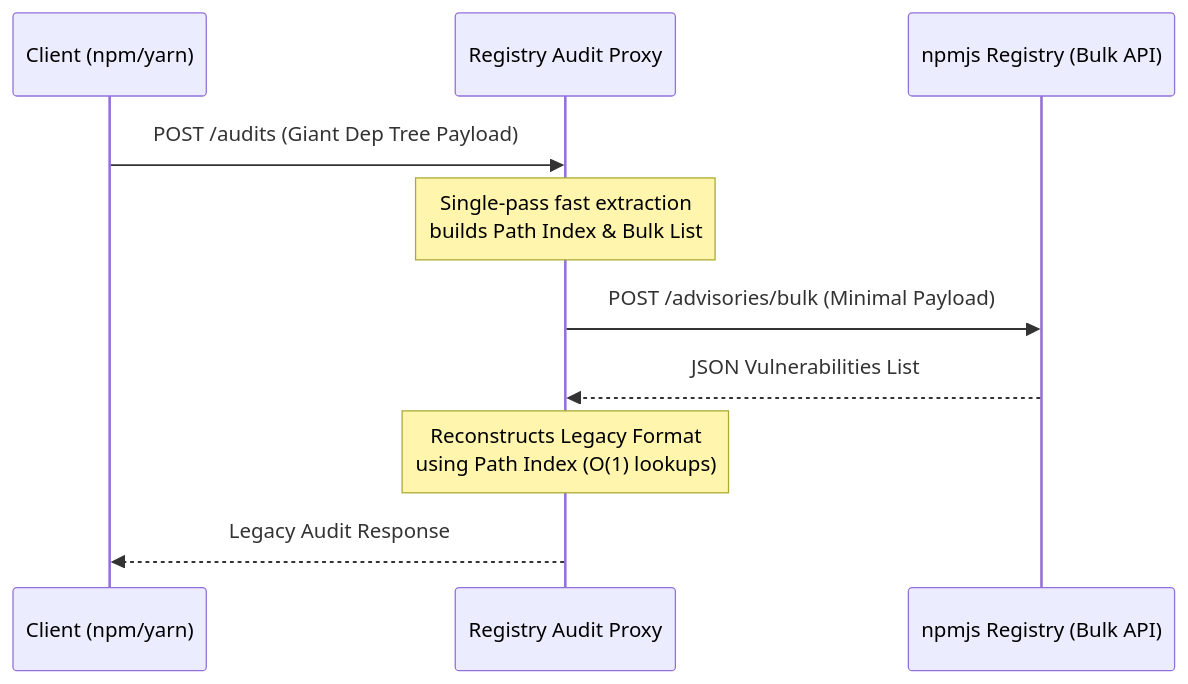
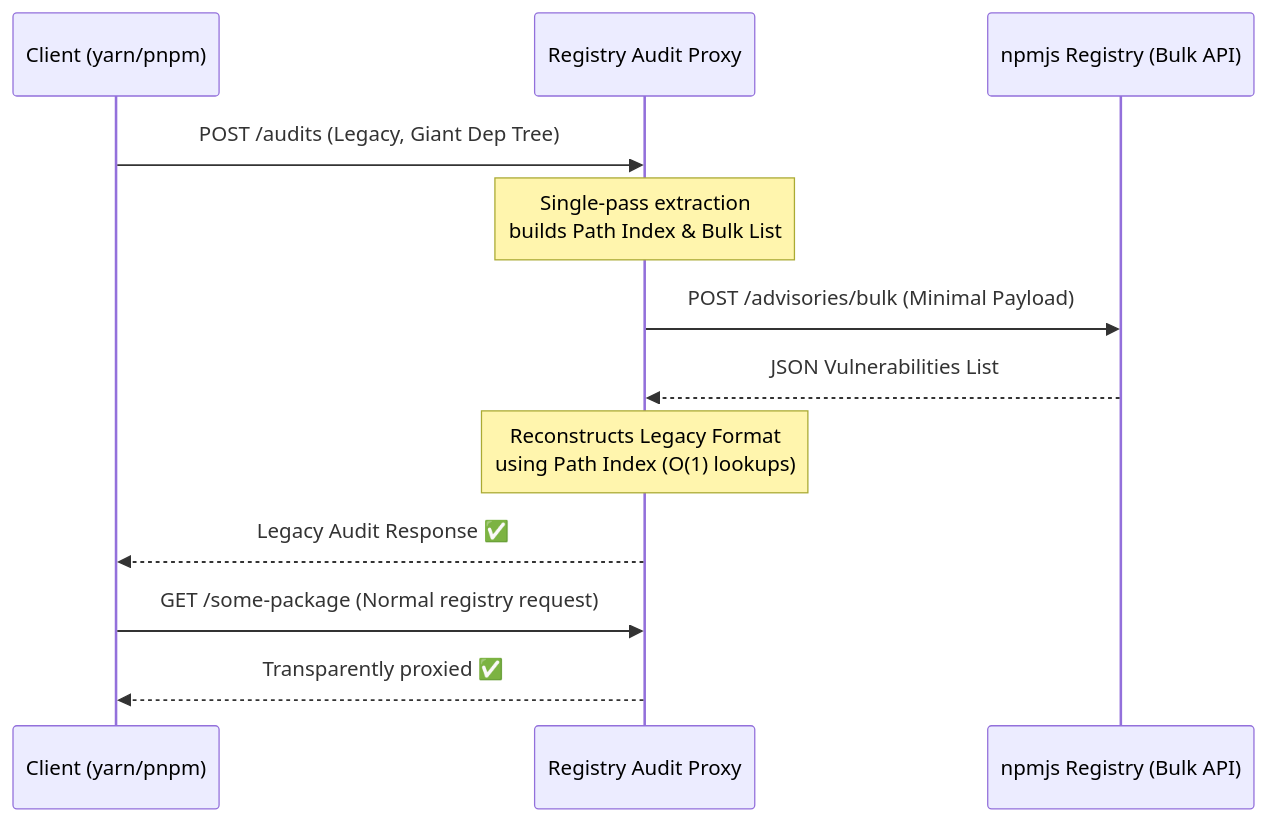
The diagram in README.md (kerolloz/registry-proxy), drawn with Mermaid before and after one commit. The commit also changed other lines of this file and 1 other file, not shown here.

````diff
--- a/README.md
+++ b/README.md
@@ -28,13 +40,16 @@
 ```mermaid
 sequenceDiagram
-    participant C as Client (npm/yarn)
+    participant C as Client (yarn/pnpm)
     participant P as Registry Audit Proxy
     participant R as npmjs Registry (Bulk API)
 
-    C->>P: POST /audits (Giant Dep Tree Payload)
-    Note over P: Single-pass fast extraction<br/>builds Path Index & Bulk List
+    C->>P: POST /audits (Legacy, Giant Dep Tree)
+    Note over P: Single-pass extraction<br/>builds Path Index & Bulk List
     P->>R: POST /advisories/bulk (Minimal Payload)
     R-->>P: JSON Vulnerabilities List
     Note over P: Reconstructs Legacy Format<br/>using Path Index (O(1) lookups)
-    P-->>C: Legacy Audit Response
+    P-->>C: Legacy Audit Response ✅
+    
+    C->>P: GET /some-package (Normal registry request)
+    P-->>C: Transparently proxied ✅
 ```
````
